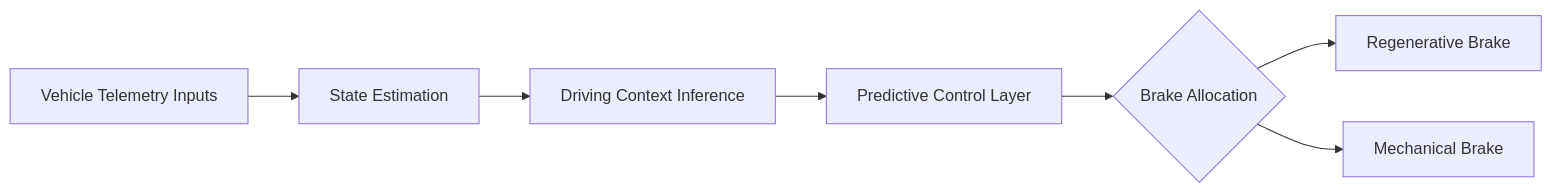
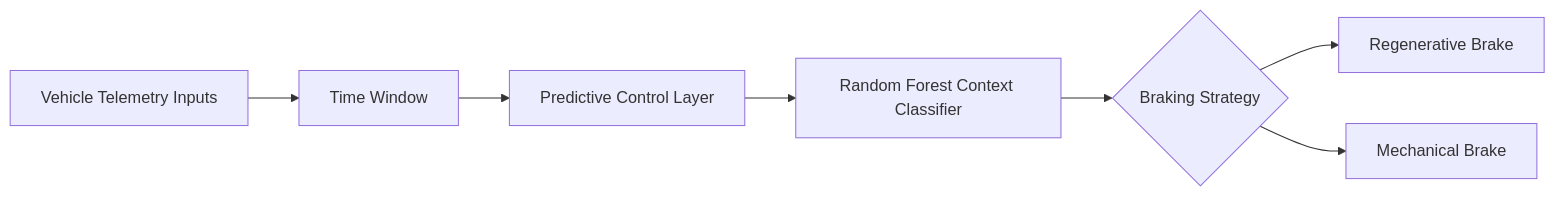
One commit to JuanPaQuezada/intelligent-adaptive-braking changed the diagram in README.md. Above: the diagram before and after it, drawn with Mermaid.

````diff
--- a/README.md
+++ b/README.md
@@ -17,9 +17,9 @@
 ```mermaid
 flowchart LR
-	A[Vehicle Telemetry Inputs] --> B[State Estimation]
-	B --> C[Driving Context Inference]
-	C --> D[Predictive Control Layer]
-	D --> E{Brake Allocation}
+	A[Vehicle Telemetry Inputs] --> B[Time Window]
+	B --> C[Predictive Control Layer]
+	C --> D[Random Forest Context Classifier]
+	D --> E{Braking Strategy}
 	E --> F[Regenerative Brake]
 	E --> G[Mechanical Brake]
 ```
````
